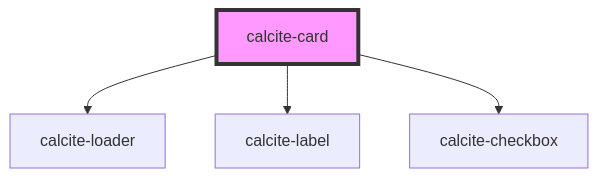
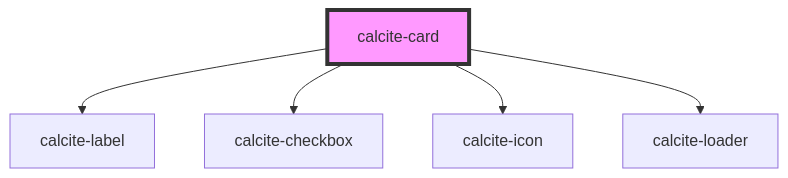
One commit to Esri/calcite-design-system changed the diagram in packages/calcite-components/src/components/card/readme.md. Above: the diagram before and after it, drawn with Mermaid. The commit also changed other lines of this file and 82 other files, not shown here.

````diff
--- a/packages/calcite-components/src/components/card/readme.md
+++ b/packages/calcite-components/src/components/card/readme.md
@@ -57,7 +92,8 @@
 ```mermaid
 graph TD;
-  calcite-card --> calcite-loader
   calcite-card --> calcite-label
   calcite-card --> calcite-checkbox
+  calcite-card --> calcite-icon
+  calcite-card --> calcite-loader
   style calcite-card fill:#f9f,stroke:#333,stroke-width:4px
 ```
````
